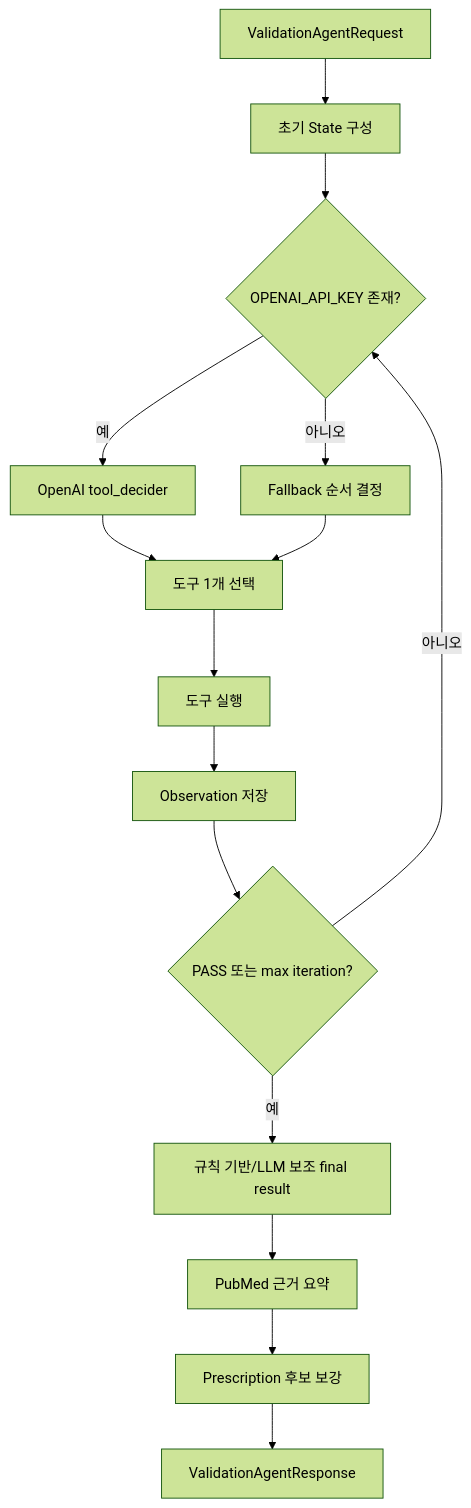
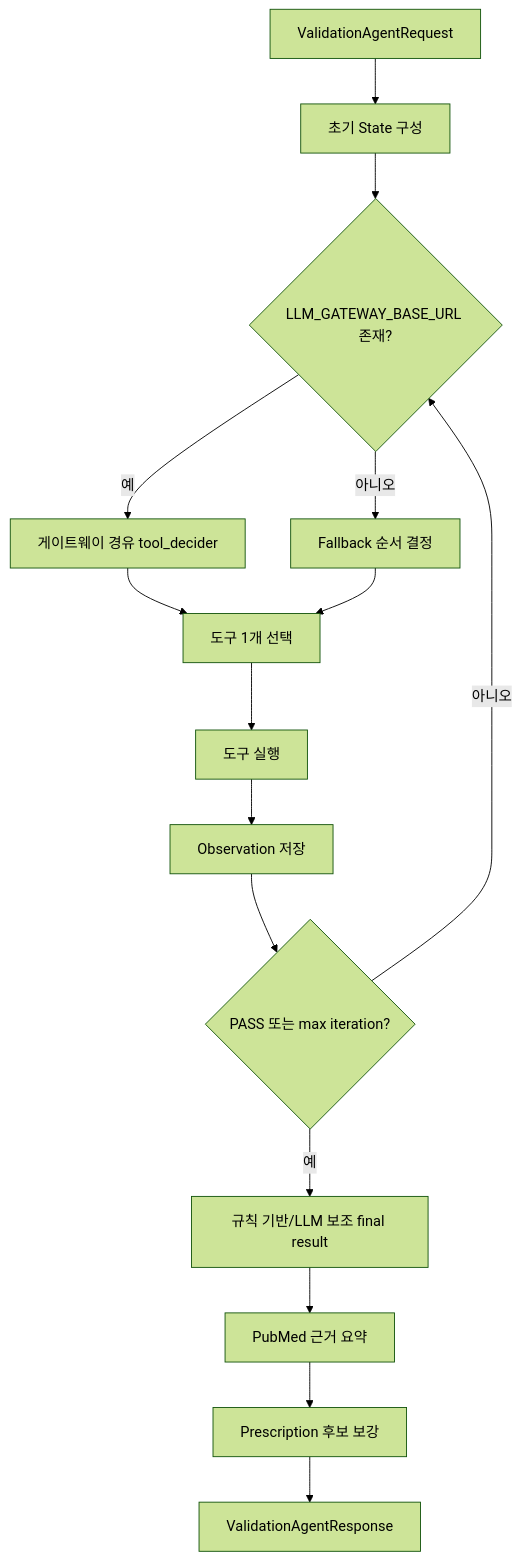
The fifth of 7 diagrams in Docs/04-ai-services-and-agents.md (kjbddo/bitcomputer-emr), drawn with Mermaid (forest theme) before and after one commit. The commit also changed other lines of this file and 7 other files, not shown here.

````diff
--- a/Docs/04-ai-services-and-agents.md
+++ b/Docs/04-ai-services-and-agents.md
@@ -126,17 +126,17 @@
 ```mermaid
 flowchart TD
   A[ValidationAgentRequest] --> B[초기 State 구성]
-  B --> C{OPENAI_API_KEY 존재?}
-  C -->|예| D[OpenAI tool_decider]
+  B --> C{LLM_GATEWAY_BASE_URL 존재?}
+  C -->|예| D[게이트웨이 경유 tool_decider]
   C -->|아니오| E[Fallback 순서 결정]
   D --> F[도구 1개 선택]
   E --> F
   F --> G[도구 실행]
   G --> H[Observation 저장]
   H --> I{PASS 또는 max iteration?}
   I -->|아니오| C
   I -->|예| J[규칙 기반/LLM 보조 final result]
   J --> K[PubMed 근거 요약]
   K --> L[Prescription 후보 보강]
   L --> M[ValidationAgentResponse]
 ```
````
